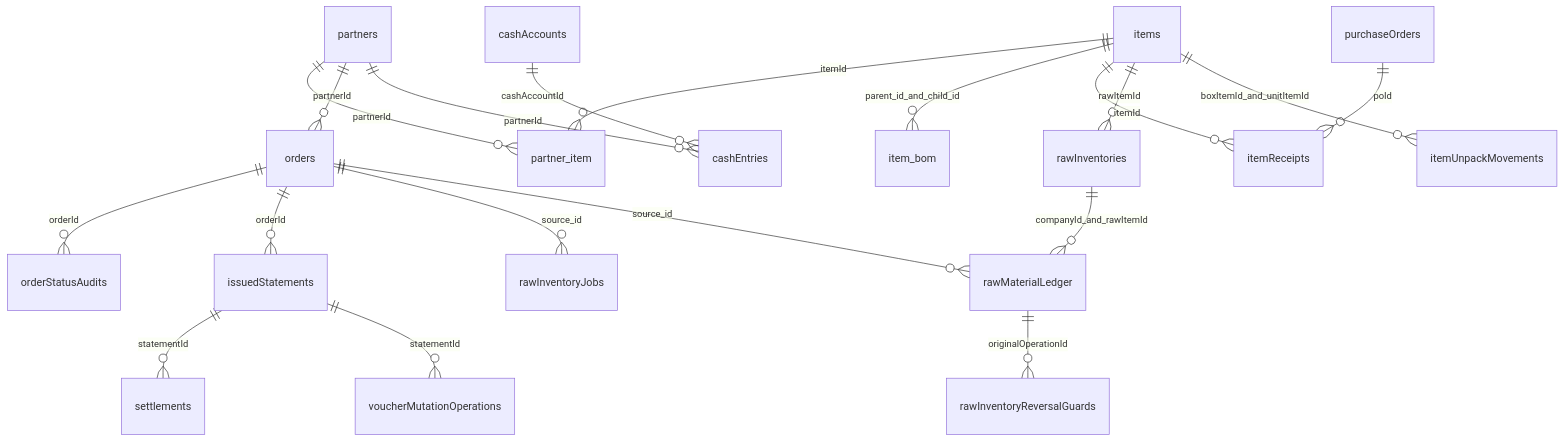
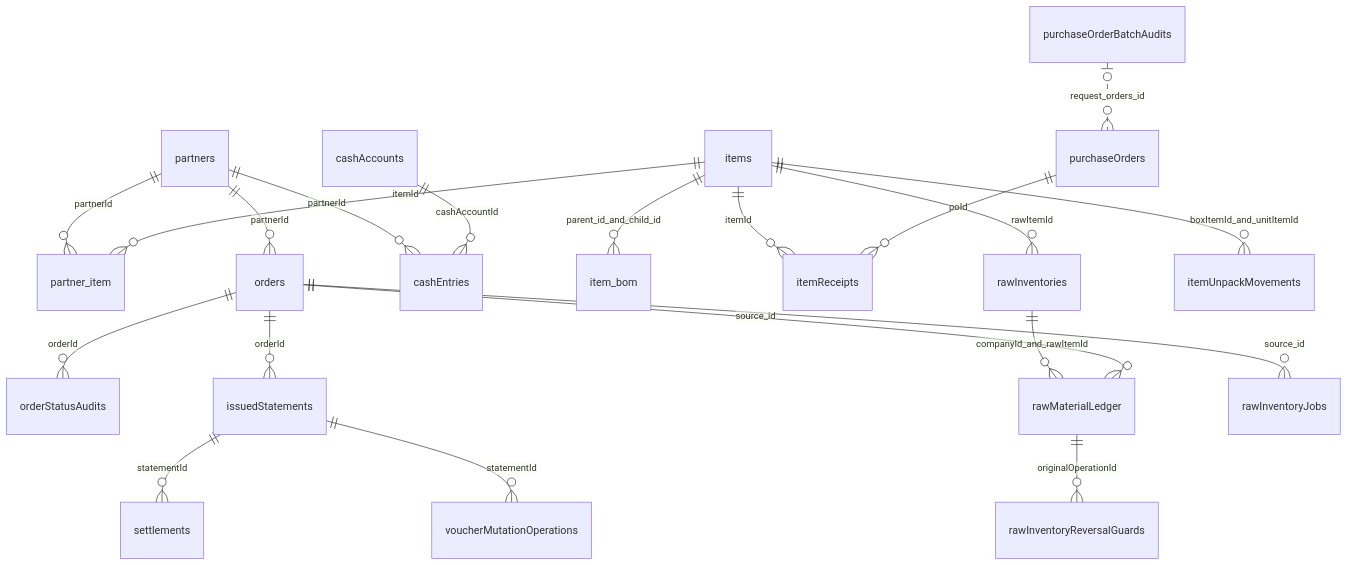
Before and after one commit to limyh0627/taebaekfood: the first of 2 diagrams in docs/erd-current-and-target-20261007.md, drawn with Mermaid. The commit also changed other lines of this file and 2 other files, not shown here.

Commit message:
양앱 배포 검증과 발주 처리 기록 ERD 변경 반영

````diff
--- a/docs/erd-current-and-target-20261007.md
+++ b/docs/erd-current-and-target-20261007.md
@@ -213,21 +222,22 @@
 ```mermaid
 erDiagram
   partners ||--o{ partner_item : partnerId
   items ||--o{ partner_item : itemId
   partners ||--o{ orders : partnerId
   orders ||--o{ orderStatusAudits : orderId
   orders ||--o{ issuedStatements : orderId
   issuedStatements ||--o{ settlements : statementId
   partners ||--o{ cashEntries : partnerId
   cashAccounts ||--o{ cashEntries : cashAccountId
   items ||--o{ item_bom : parent_id_and_child_id
   items ||--o{ itemReceipts : itemId
   purchaseOrders ||--o{ itemReceipts : poId
+  purchaseOrderBatchAudits |o..o{ purchaseOrders : request_orders_id
   items ||--o{ rawInventories : rawItemId
   rawInventories ||--o{ rawMaterialLedger : companyId_and_rawItemId
   orders ||--o{ rawInventoryJobs : source_id
   orders ||--o{ rawMaterialLedger : source_id
   rawMaterialLedger ||--o{ rawInventoryReversalGuards : originalOperationId
   items ||--o{ itemUnpackMovements : boxItemId_and_unitItemId
   issuedStatements ||--o{ voucherMutationOperations : statementId
 ```
````
